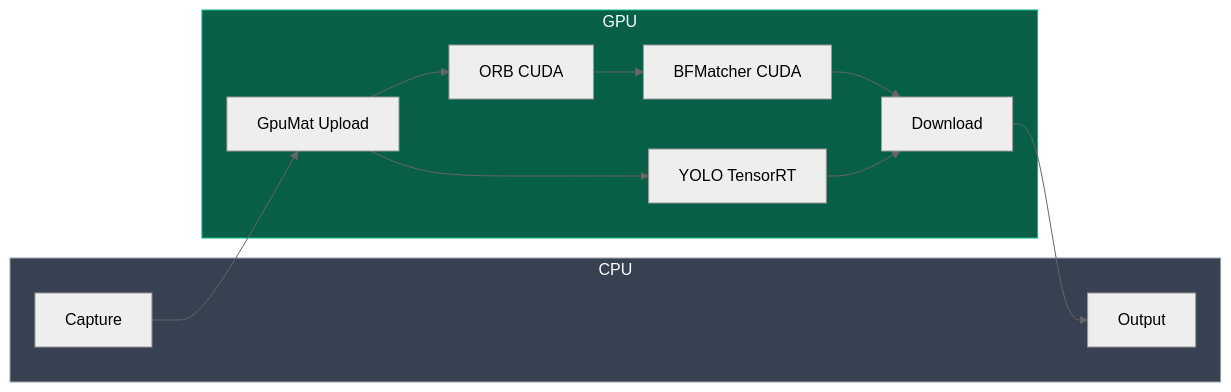
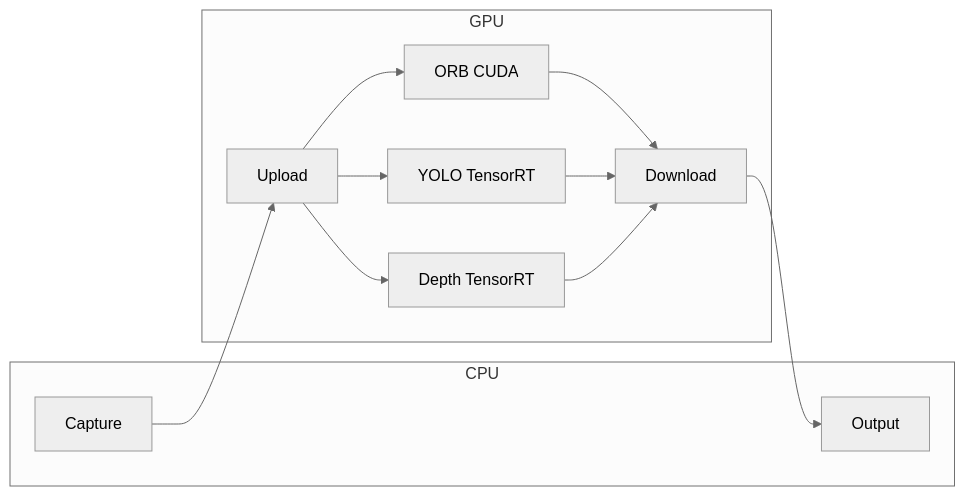
The sixth of 10 diagrams in README.md (robertteleng/aria-slam), drawn with Mermaid (neutral theme) before and after one commit. The commit also changed other lines of this file, not shown here.

Commit message:
docs: add glossary section and fix Mermaid syntax

````diff
--- a/README.md
+++ b/README.md
@@ -368,23 +310,21 @@
 ```mermaid
 flowchart LR
     subgraph CPU
         CAP[Capture]
         OUT[Output]
     end
 
     subgraph GPU
-        UP[GpuMat Upload]
+        UP[Upload]
         ORB[ORB CUDA]
-        MATCH[BFMatcher CUDA]
         YOLO[YOLO TensorRT]
+        DEPTH[Depth TensorRT]
         DOWN[Download]
     end
 
     CAP --> UP
-    UP --> ORB --> MATCH --> DOWN
+    UP --> ORB --> DOWN
     UP --> YOLO --> DOWN
+    UP --> DEPTH --> DOWN
     DOWN --> OUT
-
-    style CPU fill:#374151,stroke:#9ca3af,color:#fff
-    style GPU fill:#065f46,stroke:#10b981,color:#fff
 ```
````
